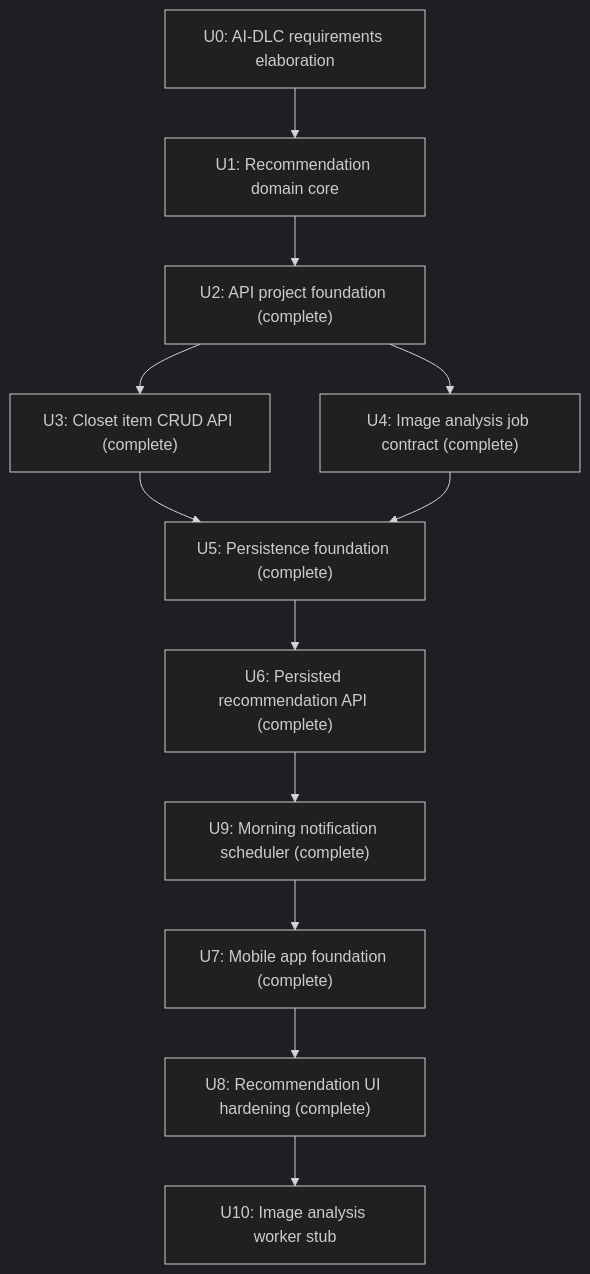
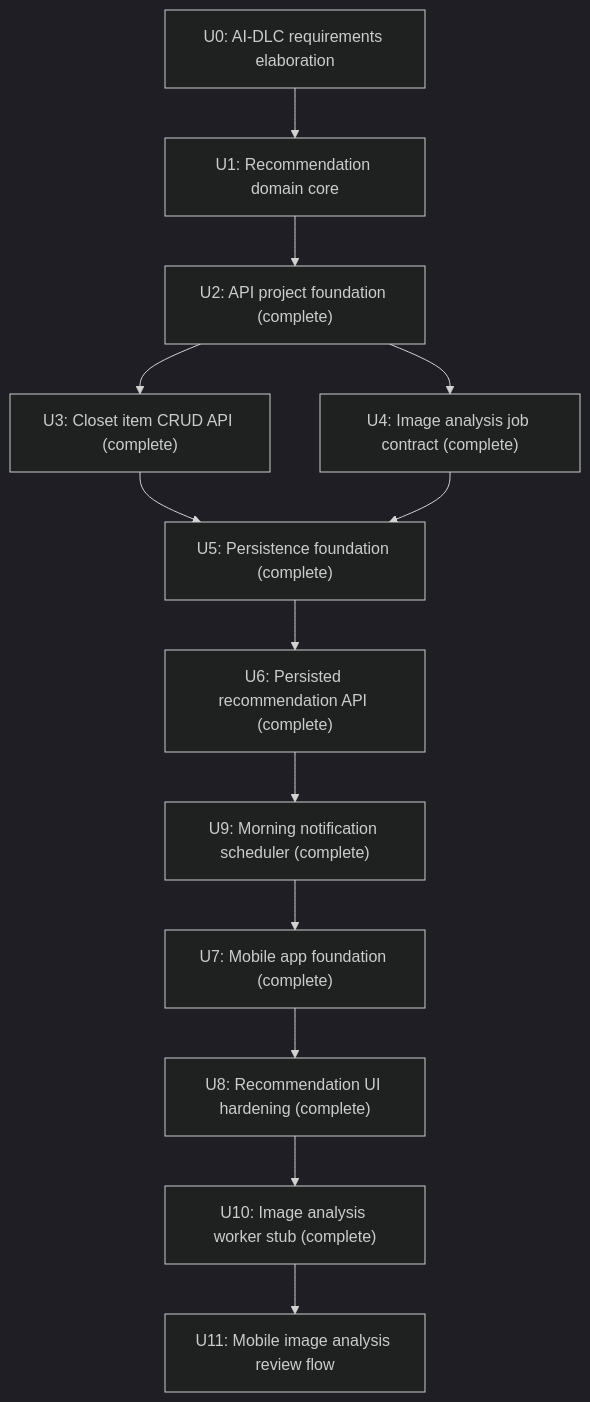
The diagram in requirements/ai_dlc/00_intent.md (idealization/Fitlog), drawn with Mermaid (dark theme) before and after one commit. The commit also changed other lines of this file and 9 other files, not shown here.

Commit message:
Add image analysis worker stub

````diff
--- a/requirements/ai_dlc/00_intent.md
+++ b/requirements/ai_dlc/00_intent.md
@@ -30,14 +30,15 @@
 ```mermaid
 flowchart TD
     U0["U0: AI-DLC requirements elaboration"] --> U1["U1: Recommendation domain core"]
     U1 --> U2["U2: API project foundation (complete)"]
     U2 --> U3["U3: Closet item CRUD API (complete)"]
     U2 --> U4["U4: Image analysis job contract (complete)"]
     U3 --> U5["U5: Persistence foundation (complete)"]
     U4 --> U5
     U5 --> U6["U6: Persisted recommendation API (complete)"]
     U6 --> U9["U9: Morning notification scheduler (complete)"]
     U9 --> U7["U7: Mobile app foundation (complete)"]
     U7 --> U8["U8: Recommendation UI hardening (complete)"]
-    U8 --> U10["U10: Image analysis worker stub"]
+    U8 --> U10["U10: Image analysis worker stub (complete)"]
+    U10 --> U11["U11: Mobile image analysis review flow"]
 ```
````
